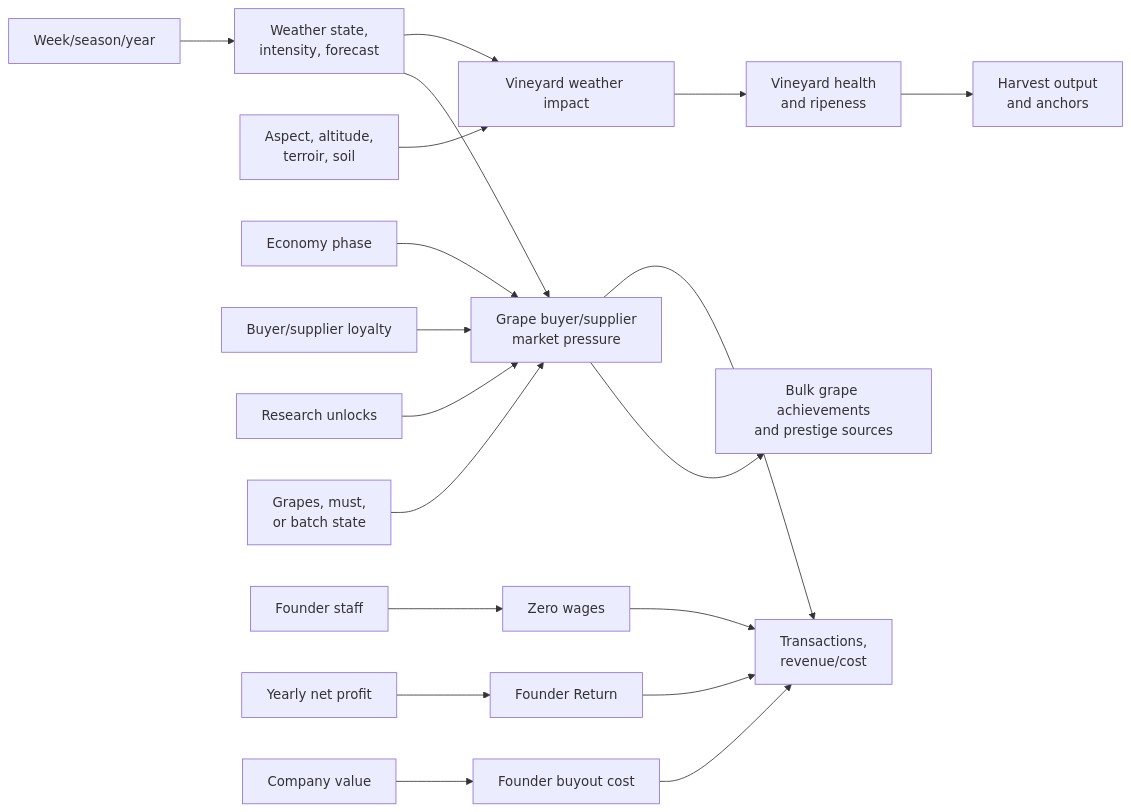
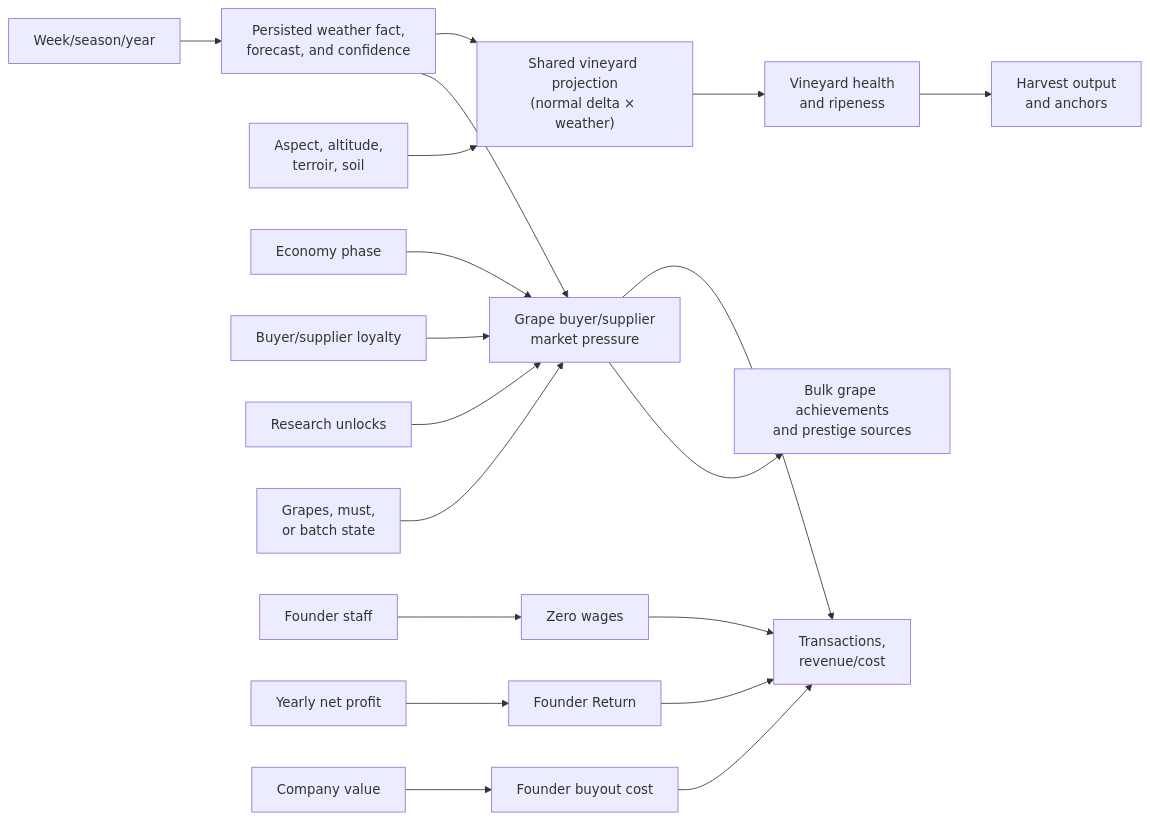
The ninth of 10 diagrams in docs/WineSystem_VariableRelationshipMap.md (gram12321/winemaker04), drawn with Mermaid before and after one commit. The commit also changed other lines of this file and 62 other files, not shown here.

````diff
--- a/docs/WineSystem_VariableRelationshipMap.md
+++ b/docs/WineSystem_VariableRelationshipMap.md
@@ -230,23 +230,23 @@
 ```mermaid
 flowchart LR
-  TIME["Week/season/year"] --> WTH["Weather state,\nintensity, forecast"]
-  WTH --> VIMP["Vineyard weather impact"]
+  TIME["Week/season/year"] --> WTH["Persisted weather fact,\nforecast, and confidence"]
+  WTH --> VIMP["Shared vineyard projection\n(normal delta × weather)"]
   SITE["Aspect, altitude,\nterroir, soil"] --> VIMP
   VIMP --> VINE["Vineyard health\nand ripeness"]
   VINE --> HARVEST["Harvest output\nand anchors"]
 
   WTH --> GM["Grape buyer/supplier\nmarket pressure"]
   ECO["Economy phase"] --> GM
   REL["Buyer/supplier loyalty"] --> GM
   RES["Research unlocks"] --> GM
   GRAPE["Grapes, must,\nor batch state"] --> GM
   GM --> CASH["Transactions,\nrevenue/cost"]
   GM --> PRESTIGE["Bulk grape achievements\nand prestige sources"]
 
   STAFF["Founder staff"] --> FW["Zero wages"]
   PROFIT["Yearly net profit"] --> FR["Founder Return"]
   COMPANY["Company value"] --> FB["Founder buyout cost"]
   FW --> CASH
   FR --> CASH
   FB --> CASH
 ```
````
